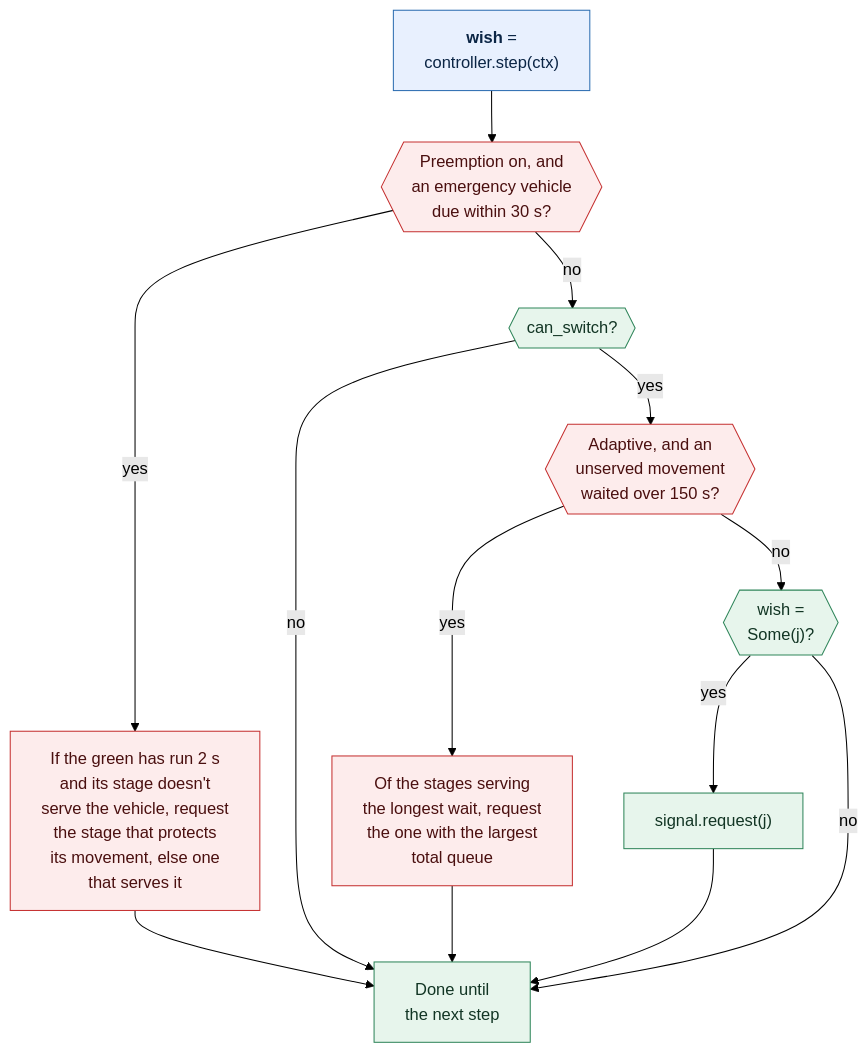
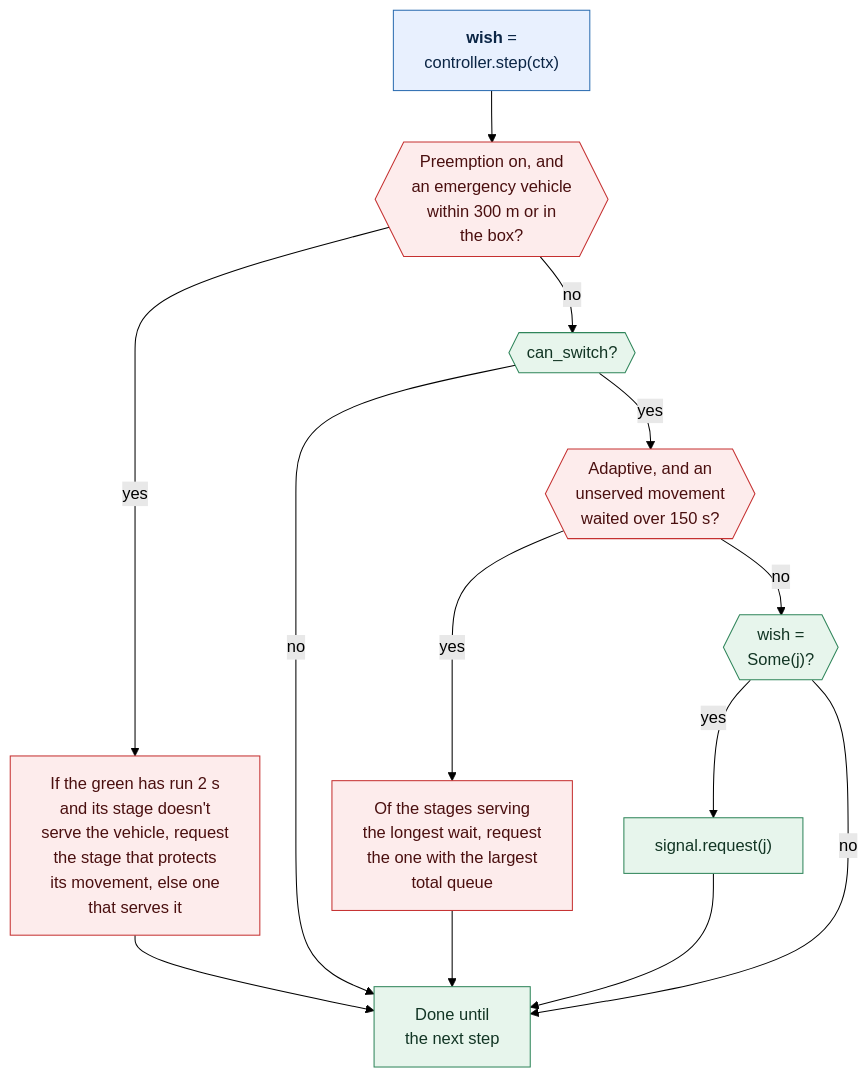
Diagram 16 of 22 in docs/architecture.md (schreck61/intersection-lab), drawn with Mermaid (forest theme) before and after one commit. The commit also changed other lines of this file and 6 other files, not shown here.

````diff
--- a/docs/architecture.md
+++ b/docs/architecture.md
@@ -1734,27 +1735,27 @@
 ```mermaid
 flowchart TB
     A["<b>wish</b> =<br/>controller.step(ctx)"]
-    B{{"Preemption on, and<br/>an emergency vehicle<br/>due within 30 s?"}}
+    B{{"Preemption on, and<br/>an emergency vehicle<br/>within 300 m or in<br/>the box?"}}
     B2["If the green has run 2 s<br/>and its stage doesn't<br/>serve the vehicle, request<br/>the stage that protects<br/>its movement, else one<br/>that serves it"]
     C{{"can_switch?"}}
     D{{"Adaptive, and an<br/>unserved movement<br/>waited over 150 s?"}}
     D1["Of the stages serving<br/>the longest wait, request<br/>the one with the largest<br/>total queue"]
     E{{"wish =<br/>Some(j)?"}}
     E1["signal.request(j)"]
     Z["Done until<br/>the next step"]
     A --> B
     B -->|yes| B2 --> Z
     B -->|no| C
     C -->|no| Z
     C -->|yes| D
     D -->|yes| D1 --> Z
     D -->|no| E
     E -->|yes| E1 --> Z
     E -->|no| Z
     classDef sim fill:#e7f5ec,stroke:#2f855a,color:#123524
     classDef ctrl fill:#e8f0fe,stroke:#2b6cb0,color:#0b2545
     classDef safe fill:#fdecec,stroke:#c53030,color:#4a0f0f
     class A ctrl
     class B,B2,D,D1 safe
     class C,E,E1,Z sim
 ```
````
